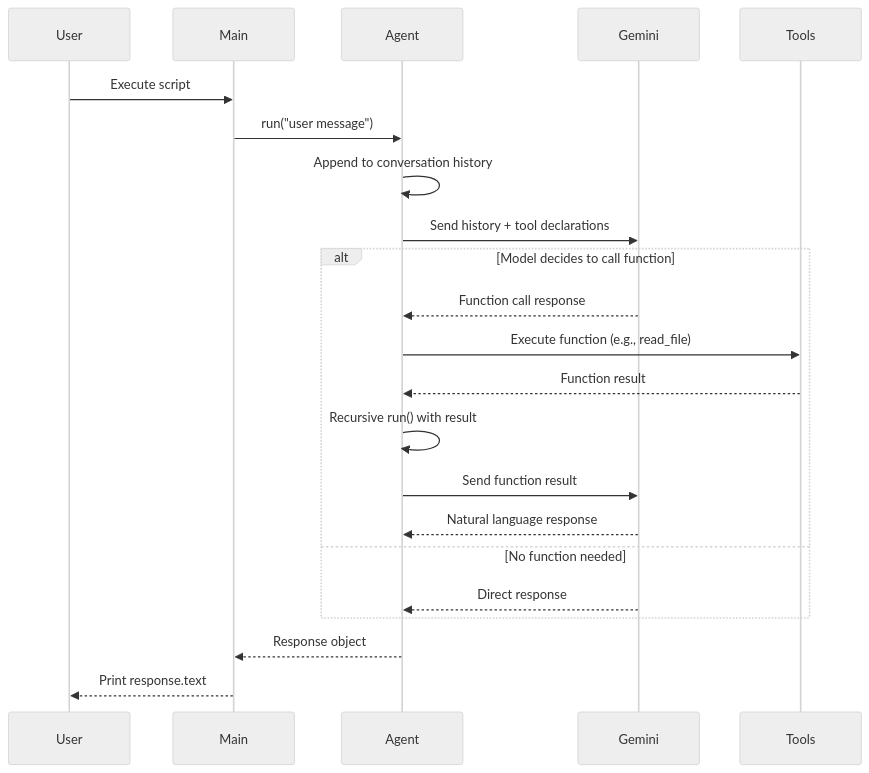
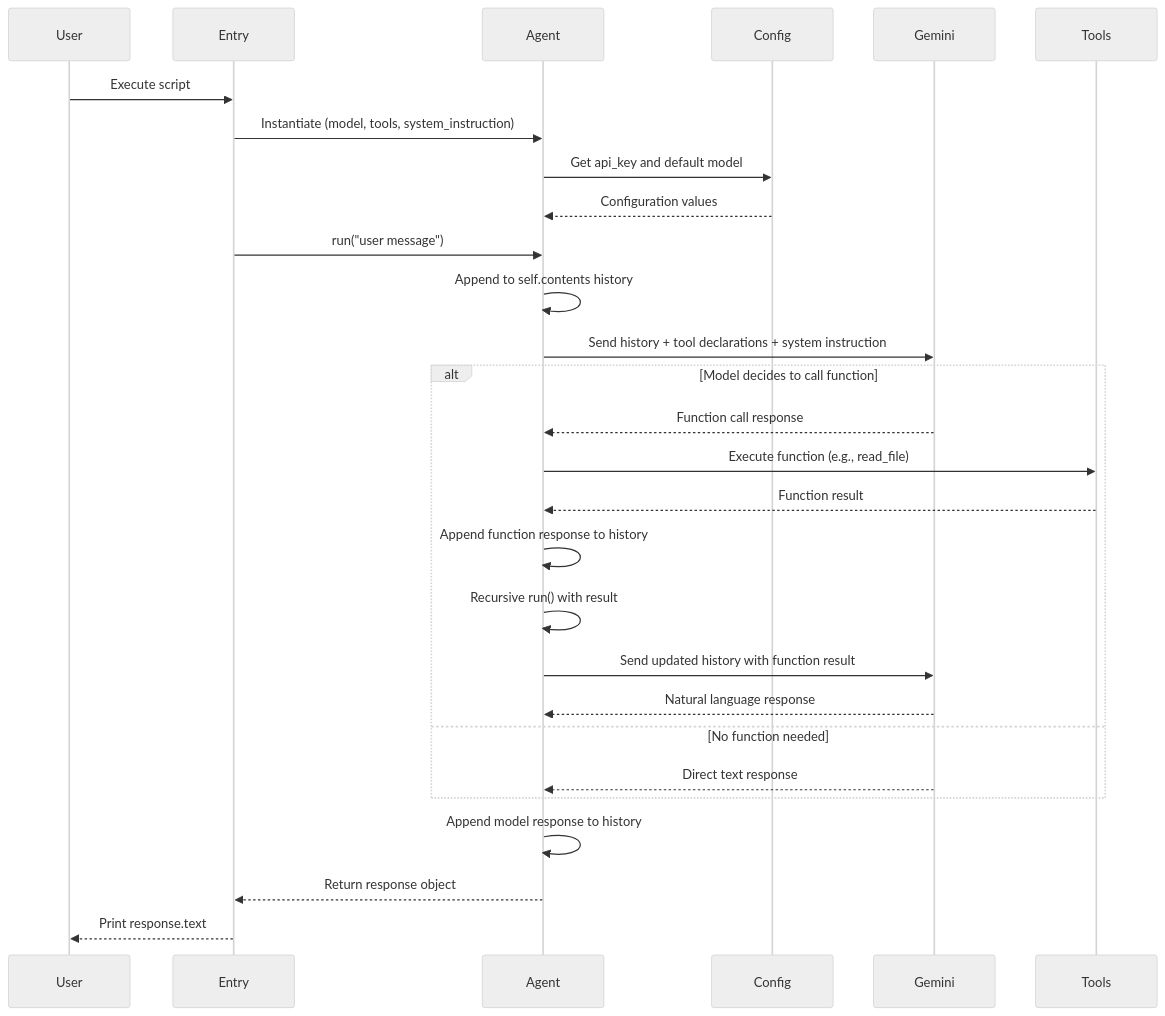
Before and after one commit to wilsonsilva/hello-genai: the second of 3 diagrams in docs/CODEBASE_MAP.md, drawn with Mermaid (neutral theme). The commit also changed other lines of this file and 13 other files, not shown here.

First line of the commit message:
Refactor to modular ADK architecture with agents and tools

````diff
--- a/docs/CODEBASE_MAP.md
+++ b/docs/CODEBASE_MAP.md
@@ -153,27 +360,34 @@
 ```mermaid
 sequenceDiagram
     participant User
-    participant Main
+    participant Entry
     participant Agent
+    participant Config
     participant Gemini
     participant Tools
 
-    User->>Main: Execute script
-    Main->>Agent: run("user message")
-    Agent->>Agent: Append to conversation history
-    Agent->>Gemini: Send history + tool declarations
+    User->>Entry: Execute script
+    Entry->>Agent: Instantiate (model, tools, system_instruction)
+    Agent->>Config: Get api_key and default model
+    Config-->>Agent: Configuration values
+
+    Entry->>Agent: run("user message")
+    Agent->>Agent: Append to self.contents history
+    Agent->>Gemini: Send history + tool declarations + system instruction
 
     alt Model decides to call function
         Gemini-->>Agent: Function call response
         Agent->>Tools: Execute function (e.g., read_file)
         Tools-->>Agent: Function result
+        Agent->>Agent: Append function response to history
         Agent->>Agent: Recursive run() with result
-        Agent->>Gemini: Send function result
+        Agent->>Gemini: Send updated history with function result
         Gemini-->>Agent: Natural language response
     else No function needed
-        Gemini-->>Agent: Direct response
+        Gemini-->>Agent: Direct text response
     end
 
-    Agent-->>Main: Response object
-    Main-->>User: Print response.text
+    Agent->>Agent: Append model response to history
+    Agent-->>Entry: Return response object
+    Entry-->>User: Print response.text
 ```
````
